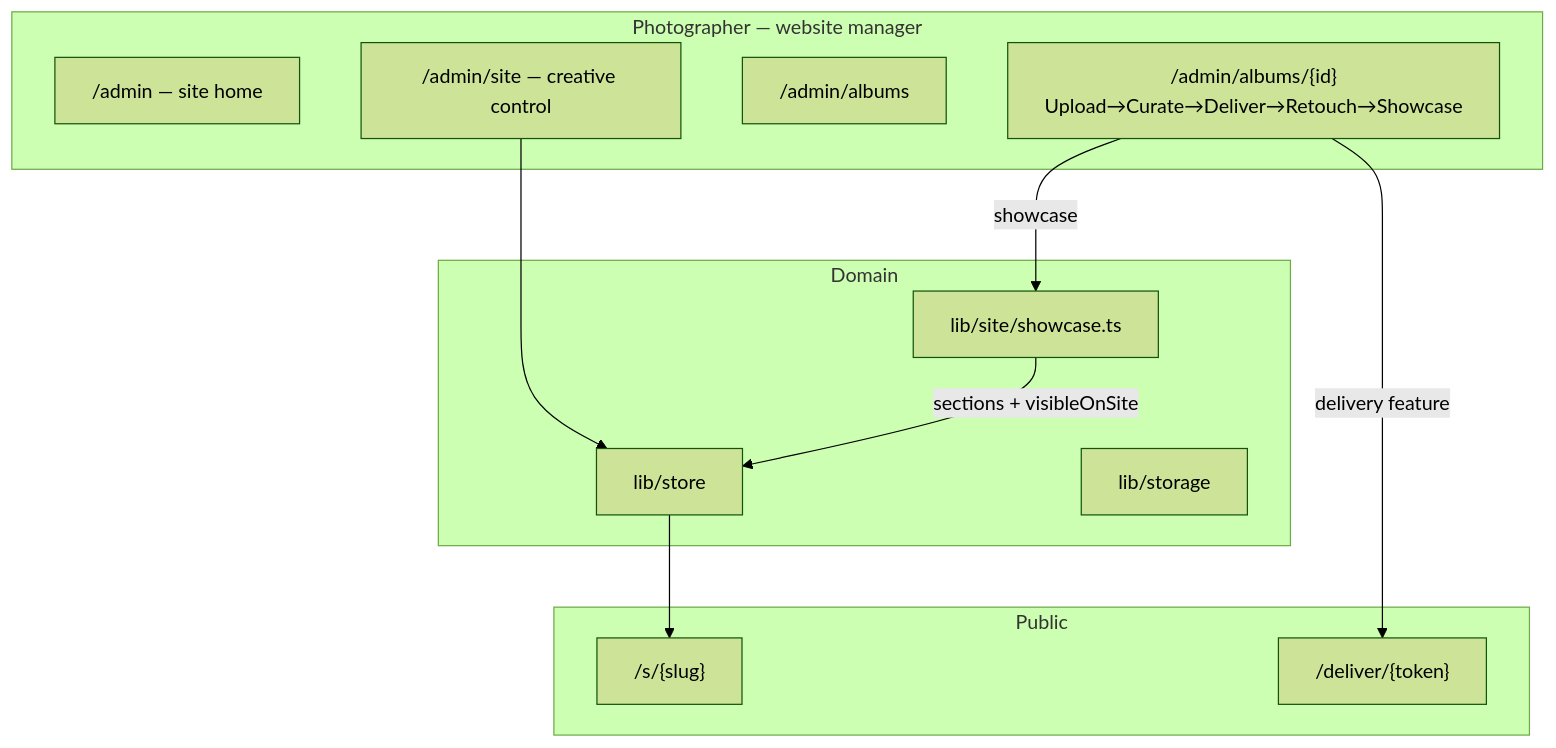
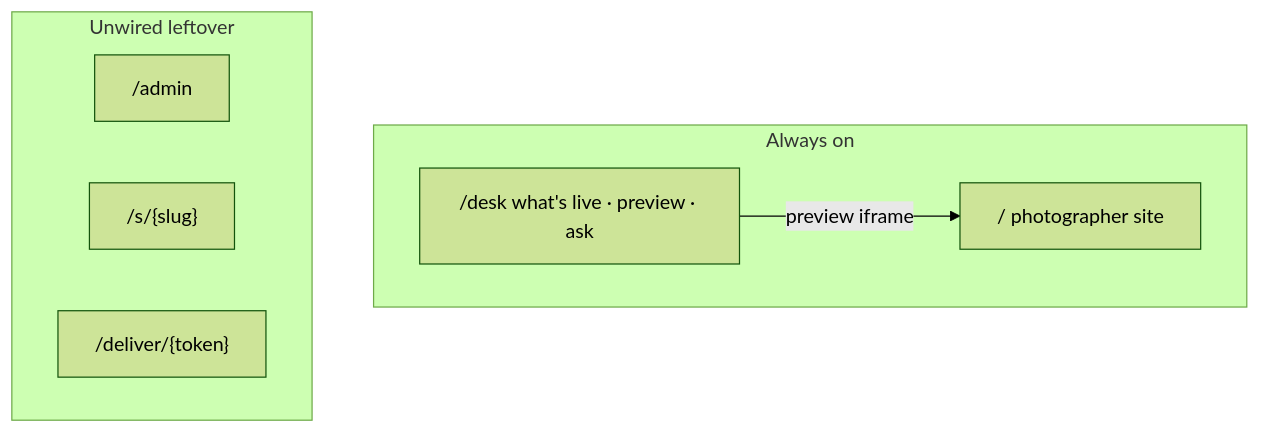
Before and after one commit to menhir-holdings/Vega: the diagram in docs/SYSTEM.md, drawn with Mermaid (forest theme). The commit also changed other lines of this file and 14 other files, not shown here.

First line of the commit message:
Checkpoint MT-220: Iris Calder public site and owner desk.

````diff
--- a/docs/SYSTEM.md
+++ b/docs/SYSTEM.md
@@ -9,26 +9,15 @@
 ```mermaid
 flowchart TB
-  subgraph public [Public]
-    Site["/s/{slug}"]
+  subgraph live [Always on]
+    Public["/ photographer site"]
+    Desk["/desk what's live · preview · ask"]
+  end
+
+  subgraph leftover [Unwired leftover]
+    Admin["/admin"]
+    Slug["/s/{slug}"]
     Deliver["/deliver/{token}"]
   end
 
-  subgraph admin [Photographer — website manager]
-    Home["/admin — site home"]
-    Editor["/admin/site — creative control"]
-    Albums["/admin/albums"]
-    Workflow["/admin/albums/{id}\nUpload→Curate→Deliver→Retouch→Showcase"]
-  end
-
-  subgraph lib [Domain]
-    Showcase["lib/site/showcase.ts"]
-    Store["lib/store"]
-    Blob["lib/storage"]
-  end
-
-  Workflow -->|showcase| Showcase
-  Showcase -->|sections + visibleOnSite| Store
-  Editor --> Store
-  Store --> Site
-  Workflow -->|delivery feature| Deliver
+  Desk -->|preview iframe| Public
 ```
````
